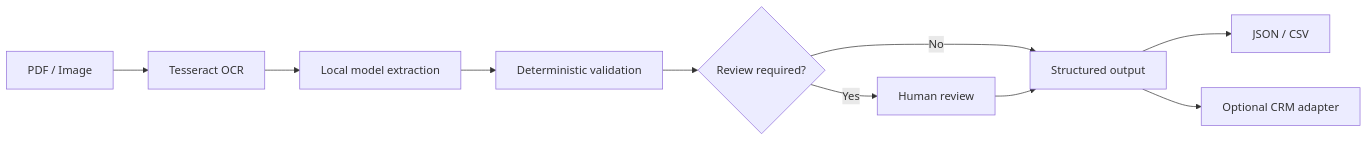
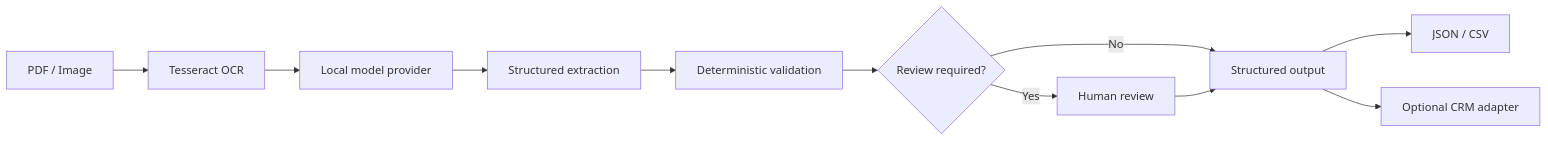
The diagram in README.md (JDavydovPortfolio/MoneyPulse), drawn with Mermaid before and after one commit. The commit also changed other lines of this file and 8 other files, not shown here.

Commit message:
Unify local LLM provider architecture

````diff
--- a/README.md
+++ b/README.md
@@ -23,12 +21,13 @@
 ```mermaid
 flowchart LR
     A[PDF / Image] --> B[Tesseract OCR]
-    B --> C[Local model extraction]
-    C --> D[Deterministic validation]
-    D --> E{Review required?}
-    E -->|Yes| F[Human review]
-    E -->|No| G[Structured output]
-    F --> G
-    G --> H[JSON / CSV]
-    G --> I[Optional CRM adapter]
+    B --> C[Local model provider]
+    C --> D[Structured extraction]
+    D --> E[Deterministic validation]
+    E --> F{Review required?}
+    F -->|Yes| G[Human review]
+    F -->|No| H[Structured output]
+    G --> H
+    H --> I[JSON / CSV]
+    H --> J[Optional CRM adapter]
 ```
````
